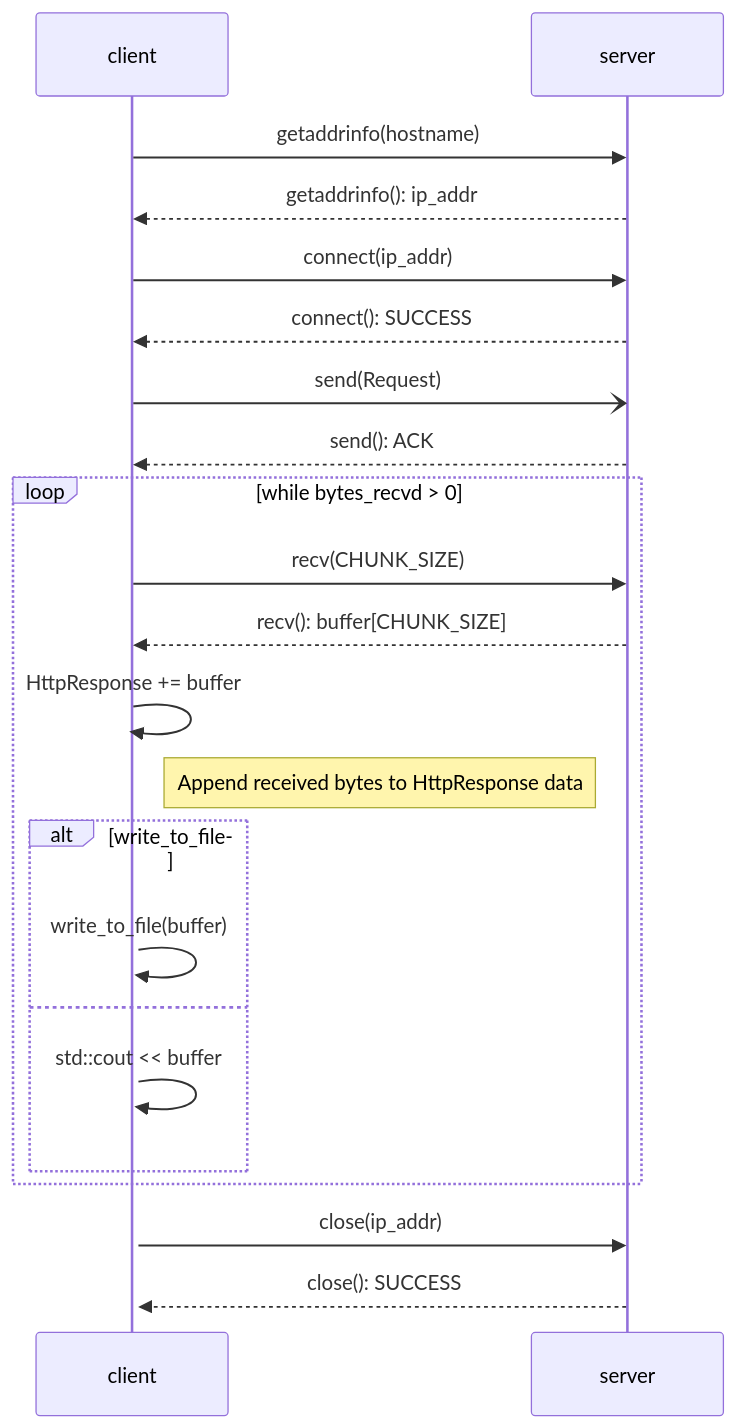
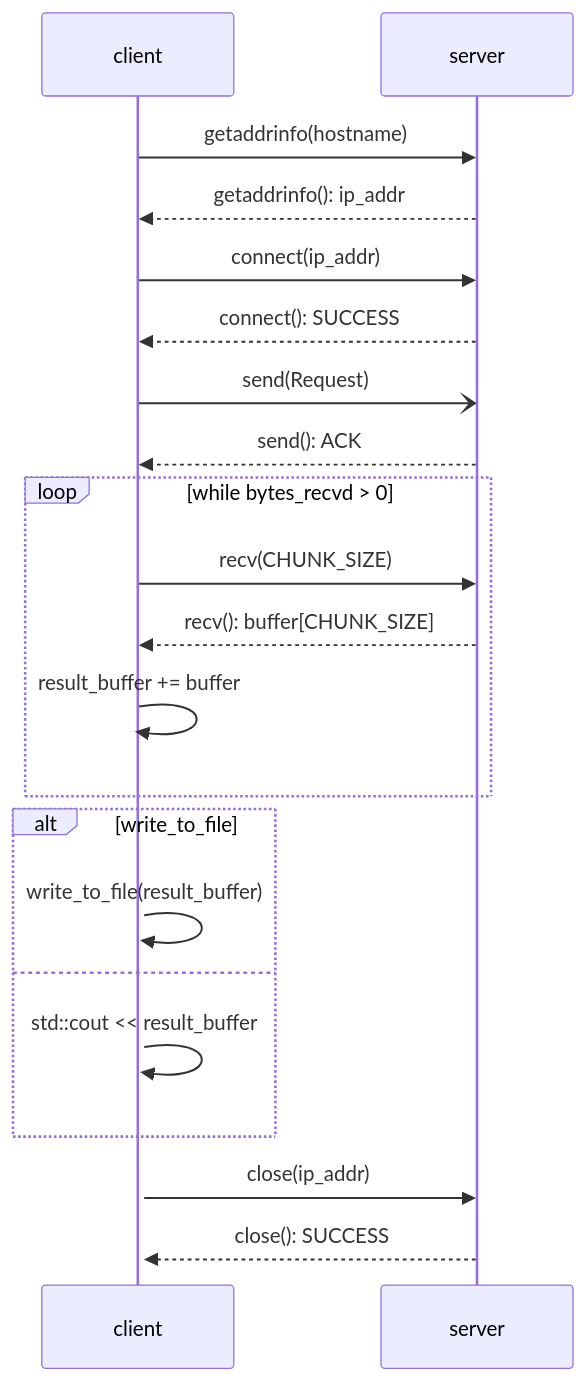
One commit to hugoppp-uni/Rechnernetze changed the second of 2 diagrams in aufg2/README.md. Above: the diagram before and after it, drawn with Mermaid.

Commit message:
Update sequence diagram

````diff
--- a/aufg2/README.md
+++ b/aufg2/README.md
@@ -51,25 +51,25 @@
 ```mermaid
 sequenceDiagram
     participant client
     participant server
     client->>server: getaddrinfo(hostname)
     server-->>client: getaddrinfo(): ip_addr
     client->>server: connect(ip_addr)
     server-->>client: connect(): SUCCESS
     
     client-)server: send(Request)
     server-->>client: send(): ACK
     loop while bytes_recvd > 0
         client->>server: recv(CHUNK_SIZE)
         server-->>client: recv(): buffer[CHUNK_SIZE]
-        client->>+client: HttpResponse += buffer
-        Note right of client: Append received bytes to HttpResponse data
+        client->>+client: result_buffer += buffer
+    end
         alt write_to_file
-            client->>client: write_to_file(buffer)
+            client->>client: write_to_file(result_buffer)
         else
-            client->>client: std::cout << buffer
+            client->>client: std::cout << result_buffer
         end
-    end
+    
     client->>server: close(ip_addr)
     server-->>client: close(): SUCCESS
 ```
````
